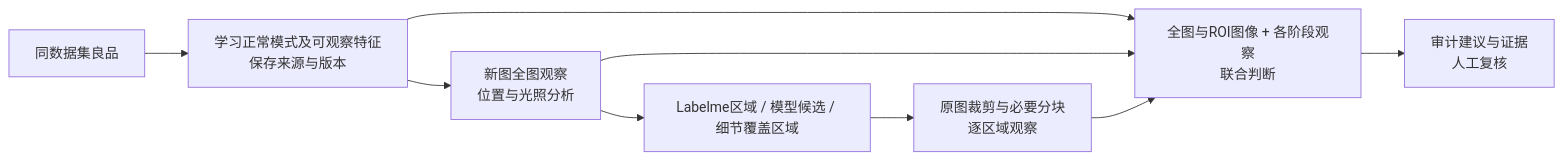
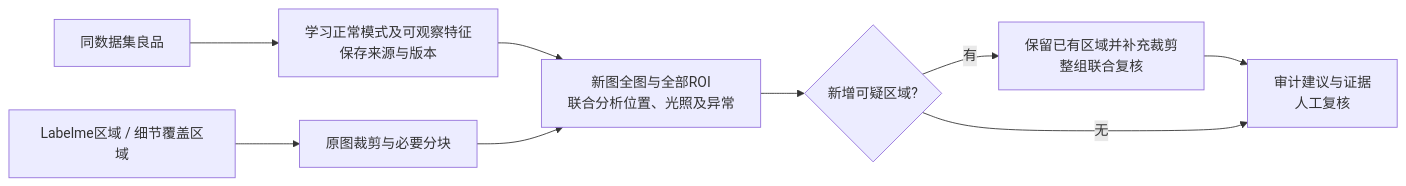
One commit to QWERDF007/Industrial-Benchmark-Agent changed the diagram in docs/specs/mllm-evidence-audit.md. Above: the diagram before and after it, drawn with Mermaid. The commit also changed other lines of this file and 22 other files, not shown here.

Commit message:
feat: 统一全图与全部 ROI 的 MLLM 联合分析

````diff
--- a/docs/specs/mllm-evidence-audit.md
+++ b/docs/specs/mllm-evidence-audit.md
@@ -11,11 +11,11 @@
 ```mermaid
 flowchart LR
     N[同数据集良品] --> K[学习正常模式及可观察特征\n保存来源与版本]
-    K --> G[新图全图观察\n位置与光照分析]
-    G --> R[Labelme区域 / 模型候选 / 细节覆盖区域]
-    R --> L[原图裁剪与必要分块\n逐区域观察]
-    K --> S[全图与ROI图像 + 各阶段观察\n联合判断]
-    G --> S
+    R[Labelme区域 / 细节覆盖区域] --> L[原图裁剪与必要分块]
+    K --> S[新图全图与全部ROI<br/>联合分析位置、光照及异常]
     L --> S
-    S --> E[审计建议与证据\n人工复核]
+    S --> C{新增可疑区域?}
+    C -->|有| F[保留已有区域并补充裁剪<br/>整组联合复核]
+    F --> E
+    C -->|无| E[审计建议与证据\n人工复核]
 ```
````
